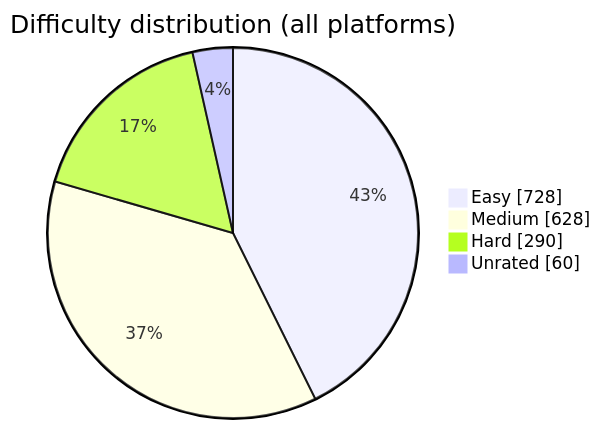
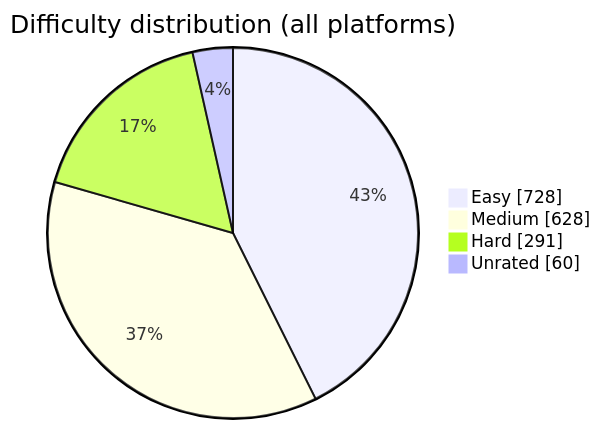
Before and after one commit to BuildbyArindam/Daily-Coding-Log: the diagram in README.md, drawn with Mermaid. The commit also changed other lines of this file, not shown here.

````diff
--- a/README.md
+++ b/README.md
@@ -93,7 +93,7 @@
 ```mermaid
 pie showData title Difficulty distribution (all platforms)
     "Easy" : 728
     "Medium" : 628
-    "Hard" : 290
+    "Hard" : 291
     "Unrated" : 60
 ```
````
